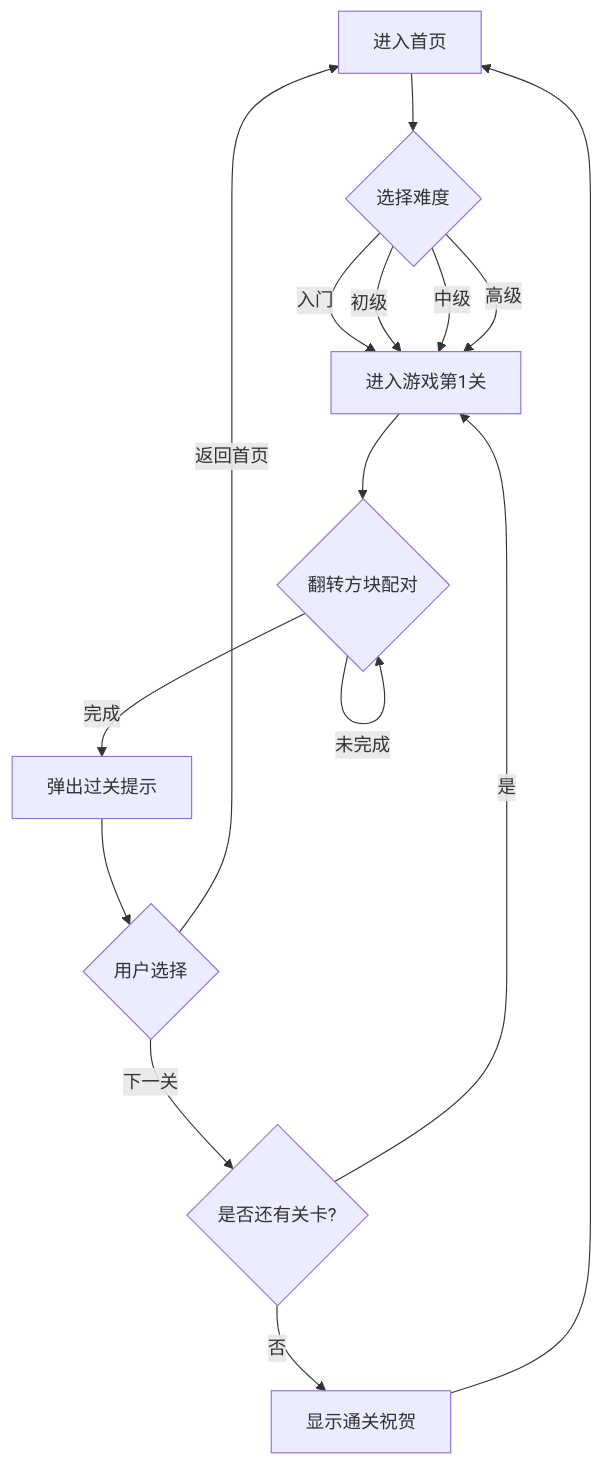
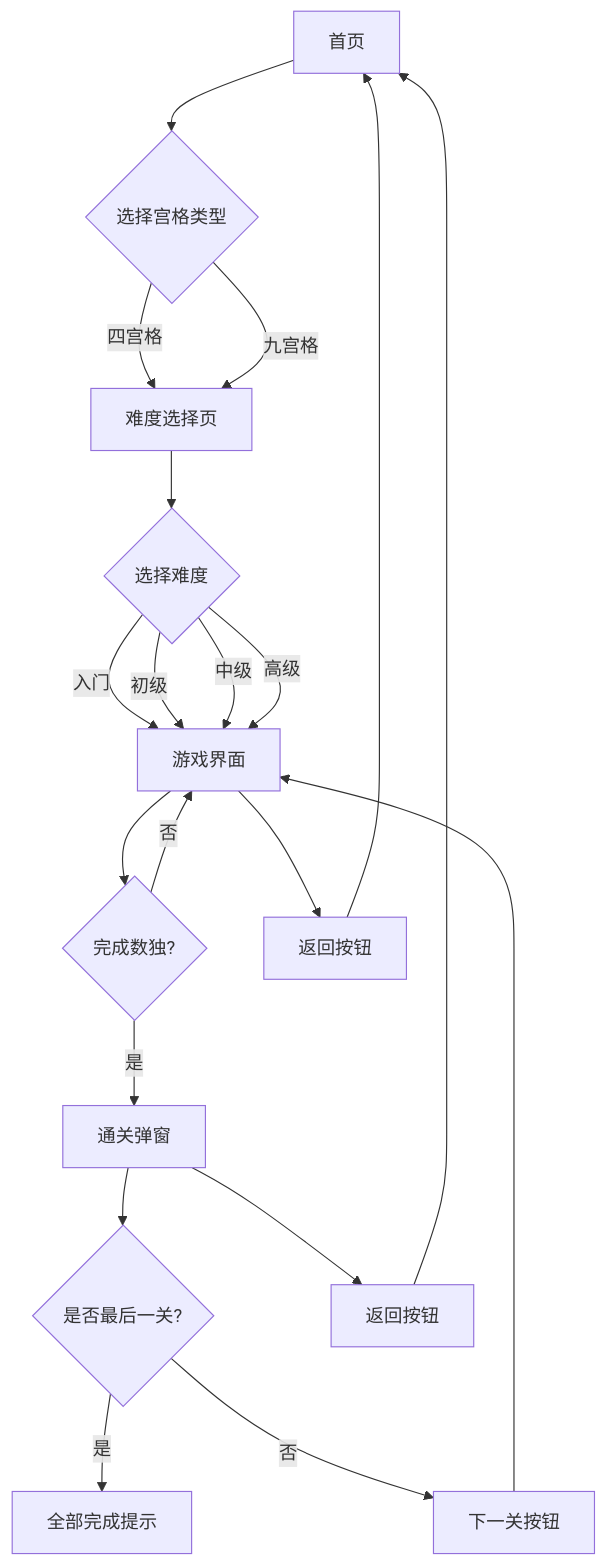
Before and after one commit to 0wanglei0/Sudoku: the diagram in .trae/documents/prd.md, drawn with Mermaid. The commit also changed other lines of this file and 17 other files, not shown here.

````diff
--- a/.trae/documents/prd.md
+++ b/.trae/documents/prd.md
@@ -28,17 +29,22 @@
 ```mermaid
 flowchart TD
-    A["进入首页"] --> B{"选择难度"}
-    B -->|入门| C["进入游戏第1关"]
-    B -->|初级| C
-    B -->|中级| C
-    B -->|高级| C
-    C --> D{"翻转方块配对"}
-    D -->|未完成| D
-    D -->|完成| E["弹出过关提示"]
-    E --> F{"用户选择"}
-    F -->|下一关| G{"是否还有关卡?"}
-    F -->|返回首页| A
-    G -->|是| C
-    G -->|否| H["显示通关祝贺"]
-    H --> A
+    A[首页] --> B{选择宫格类型}
+    B -->|四宫格| C[难度选择页]
+    B -->|九宫格| C
+    C --> D{选择难度}
+    D -->|入门| E[游戏界面]
+    D -->|初级| E
+    D -->|中级| E
+    D -->|高级| E
+    E --> F{完成数独?}
+    F -->|是| G[通关弹窗]
+    F -->|否| E
+    G --> H{是否最后一关?}
+    H -->|是| I[全部完成提示]
+    H -->|否| J[下一关按钮]
+    J --> E
+    G --> K[返回按钮]
+    K --> A
+    E --> L[返回按钮]
+    L --> A
 ```
````
